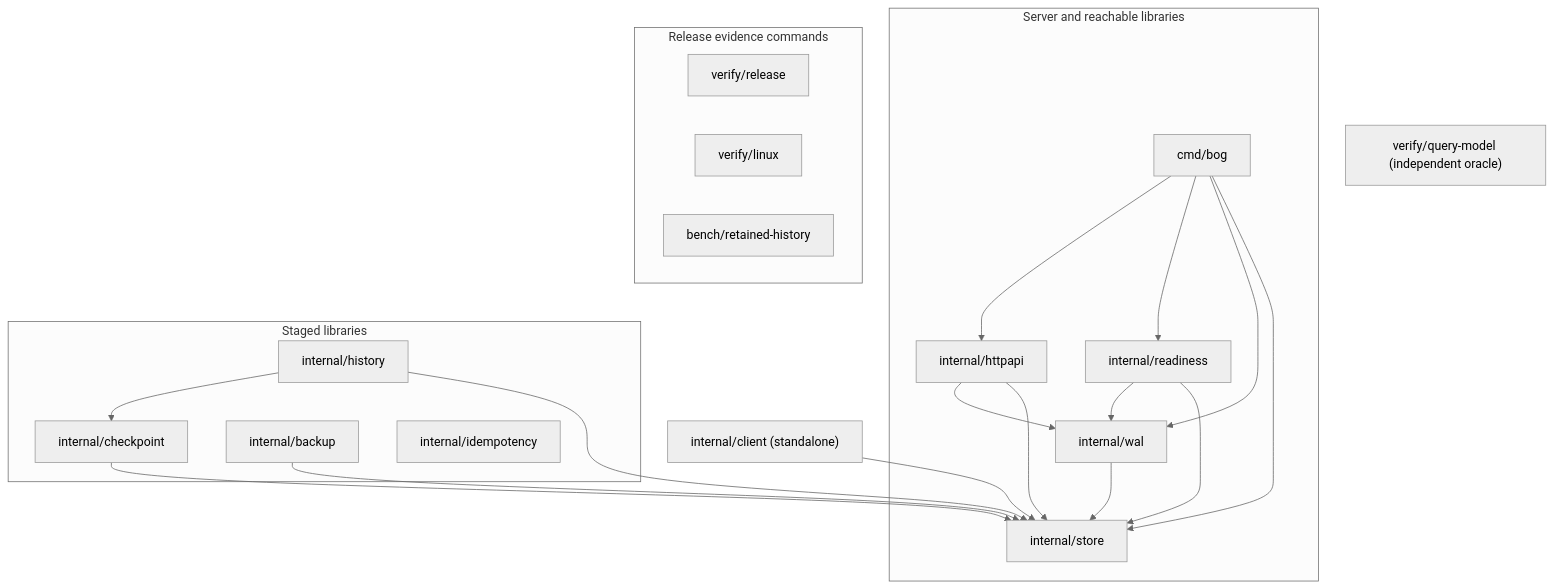
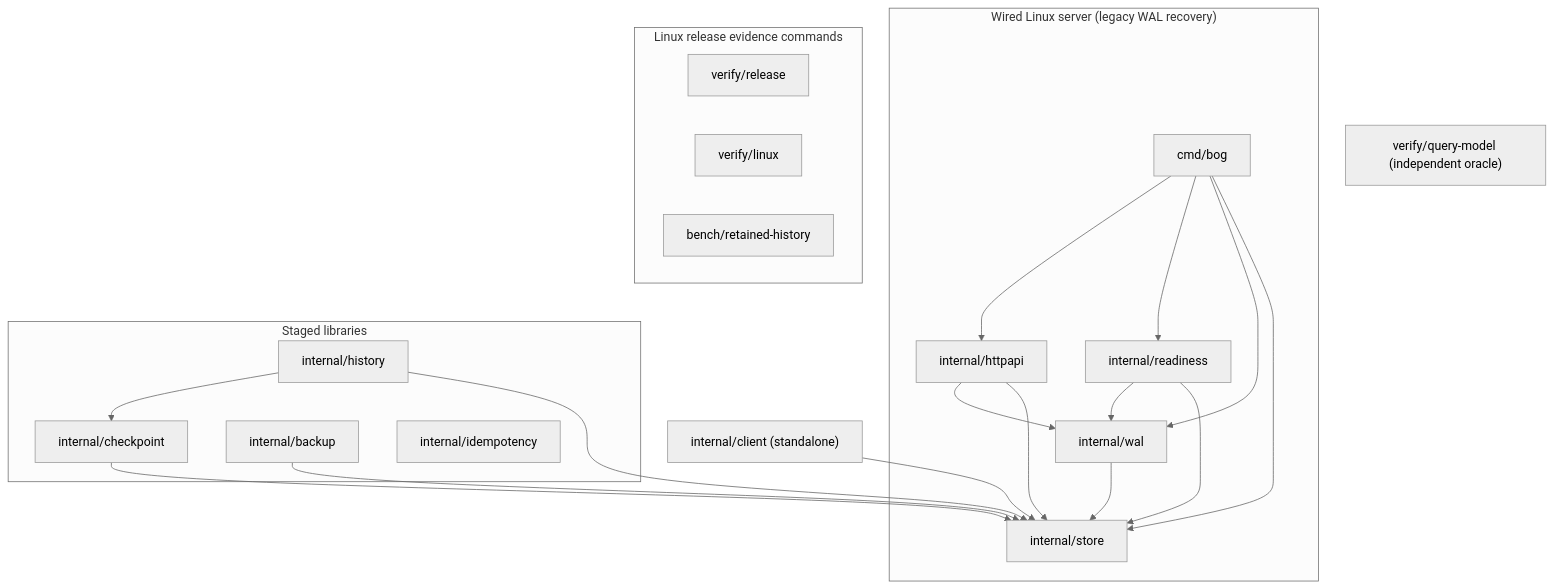
One commit to tflynn3/bog changed the diagram in docs/architecture/SYSTEM.md. Above: the diagram before and after it, drawn with Mermaid (neutral theme). The commit also changed other lines of this file and 8 other files, not shown here.

Commit message:
bog: Land the composed runtime graph and executable boundary checks

````diff
--- a/docs/architecture/SYSTEM.md
+++ b/docs/architecture/SYSTEM.md
@@ -24,37 +25,37 @@
 ```mermaid
 flowchart TD
-    subgraph Runtime["Server and reachable libraries"]
+    subgraph Runtime["Wired Linux server (legacy WAL recovery)"]
         Cmd["cmd/bog"]
         HTTP["internal/httpapi"]
         Ready["internal/readiness"]
         WAL["internal/wal"]
         Store["internal/store"]
         Cmd --> HTTP
         Cmd --> Ready
         Cmd --> WAL
         Cmd --> Store
         HTTP --> WAL
         HTTP --> Store
         Ready --> WAL
         Ready --> Store
         WAL --> Store
     end
     subgraph Staged["Staged libraries"]
         Checkpoint["internal/checkpoint"]
         History["internal/history"]
         Backup["internal/backup"]
         Idempotency["internal/idempotency"]
         History --> Checkpoint
     end
     Checkpoint --> Store
     History --> Store
     Backup --> Store
-    subgraph Evidence["Release evidence commands"]
+    subgraph Evidence["Linux release evidence commands"]
         Admission["verify/release"]
         Durability["verify/linux"]
         Capacity["bench/retained-history"]
     end
     Client["internal/client (standalone)"]
     Model["verify/query-model (independent oracle)"]
     Client --> Store
 ```
````
